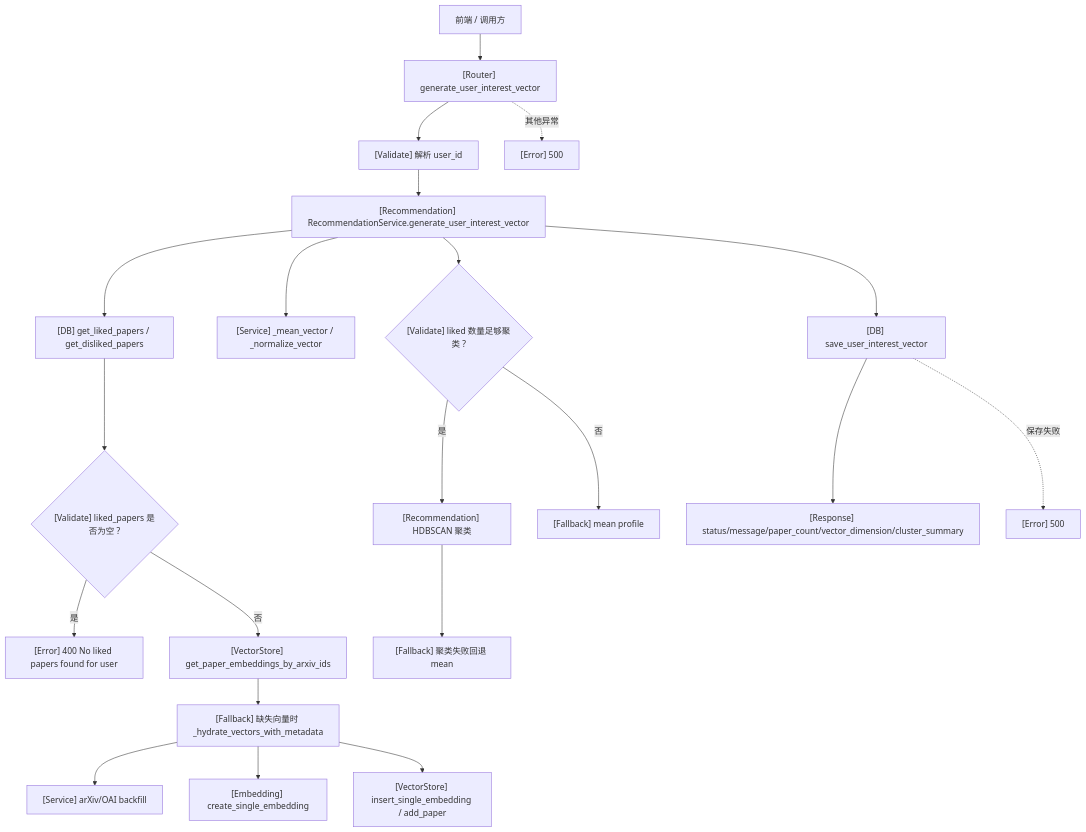
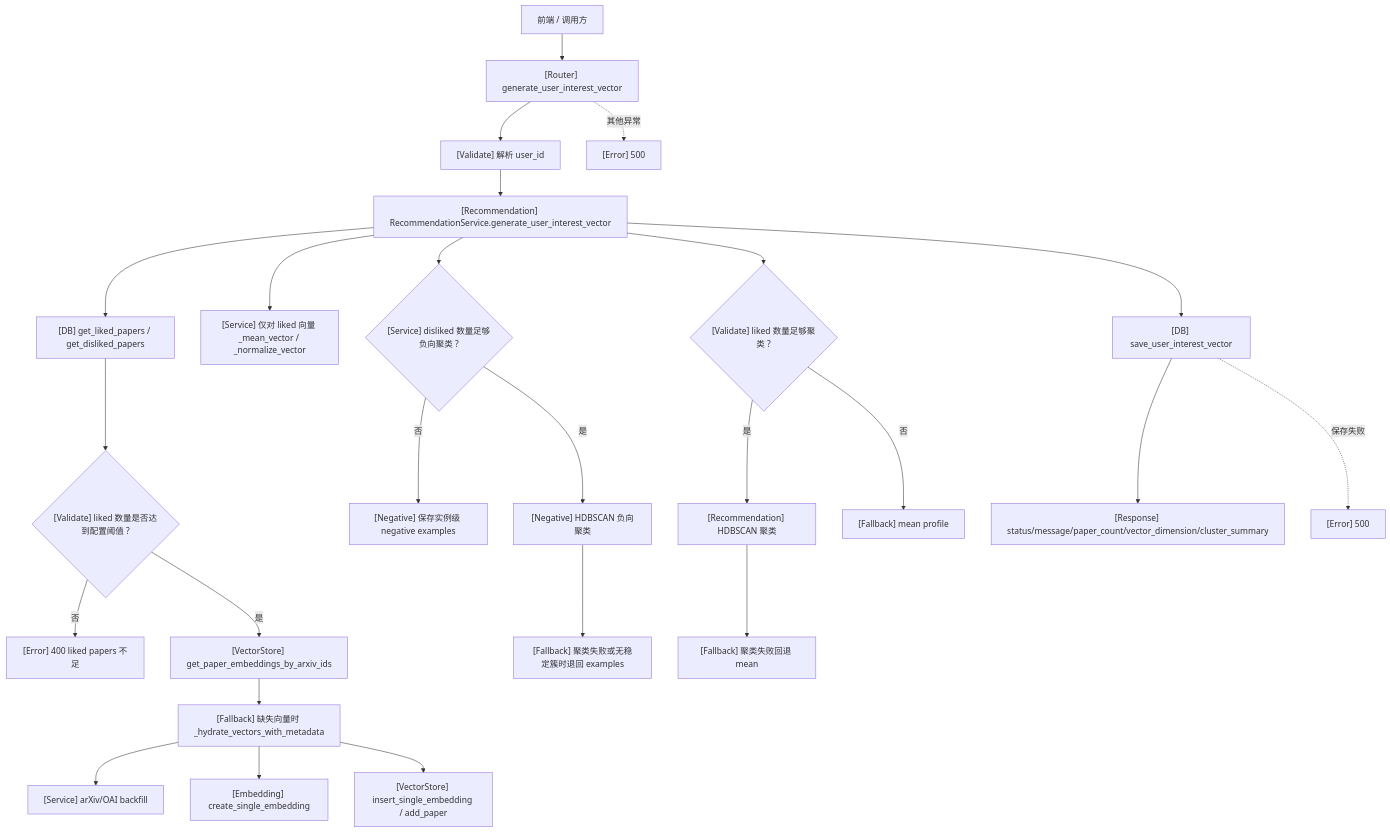
Before and after one commit to PolarisSun729/arxiv-research-agent: diagram 14 of 16 in docs/architecture/routers/user_router_flow.md, drawn with Mermaid. The commit also changed other lines of this file and 38 other files, not shown here.

````diff
--- a/docs/architecture/routers/user_router_flow.md
+++ b/docs/architecture/routers/user_router_flow.md
@@ -846,23 +846,27 @@
 ```mermaid
 flowchart TD
     A["前端 / 调用方"] --> B["[Router] generate_user_interest_vector"]
     B --> C["[Validate] 解析 user_id"]
     C --> D["[Recommendation] RecommendationService.generate_user_interest_vector"]
     D --> E["[DB] get_liked_papers / get_disliked_papers"]
-    E --> F{"[Validate] liked_papers 是否为空 ?"}
-    F -->|是| G["[Error] 400 No liked papers found for user"]
-    F -->|否| H["[VectorStore] get_paper_embeddings_by_arxiv_ids"]
+    E --> F{"[Validate] liked 数量是否达到配置阈值 ?"}
+    F -->|否| G["[Error] 400 liked papers 不足"]
+    F -->|是| H["[VectorStore] get_paper_embeddings_by_arxiv_ids"]
     H --> I["[Fallback] 缺失向量时 _hydrate_vectors_with_metadata"]
     I --> I1["[Service] arXiv/OAI backfill"]
     I --> I2["[Embedding] create_single_embedding"]
     I --> I3["[VectorStore] insert_single_embedding / add_paper"]
-    D --> J["[Service] _mean_vector / _normalize_vector"]
+    D --> J["[Service] 仅对 liked 向量 _mean_vector / _normalize_vector"]
+    D --> J1{"[Service] disliked 数量足够负向聚类 ?"}
+    J1 -->|否| J2["[Negative] 保存实例级 negative examples"]
+    J1 -->|是| J3["[Negative] HDBSCAN 负向聚类"]
+    J3 --> J4["[Fallback] 聚类失败或无稳定簇时退回 examples"]
     D --> K{"[Validate] liked 数量足够聚类 ?"}
     K -->|是| L["[Recommendation] HDBSCAN 聚类"]
     K -->|否| M["[Fallback] mean profile"]
     L --> N["[Fallback] 聚类失败回退 mean"]
     D --> O["[DB] save_user_interest_vector"]
     O --> P["[Response] status/message/paper_count/vector_dimension/cluster_summary"]
     O -. 保存失败 .-> Q["[Error] 500"]
     B -. 其他异常 .-> R["[Error] 500"]
 ```
````
